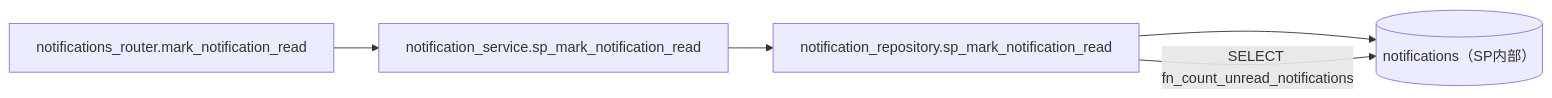
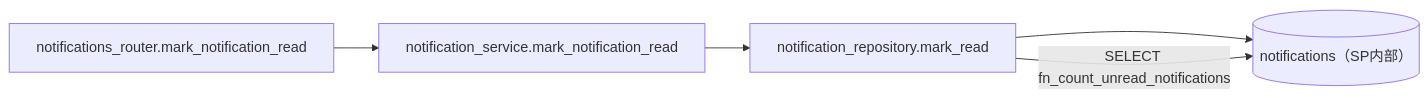
One commit to oikawa-d/task_management changed the third of 4 diagrams in docs/detailed_design/api/notifications/03_patch_notification_read.md. Above: the diagram before and after it, drawn with Mermaid. The commit also changed other lines of this file and 73 other files, not shown here.

````diff
--- a/docs/detailed_design/api/notifications/03_patch_notification_read.md
+++ b/docs/detailed_design/api/notifications/03_patch_notification_read.md
@@ -142,7 +142,7 @@
 ```mermaid
 flowchart LR
-    R["notifications_router.mark_notification_read"] --> S["notification_service.sp_mark_notification_read"]
-    S --> NR["notification_repository.sp_mark_notification_read"]
+    R["notifications_router.mark_notification_read"] --> S["notification_service.mark_notification_read"]
+    S --> NR["notification_repository.mark_read"]
     NR --> N[("notifications（SP内部）")]
     NR -->|"SELECT fn_count_unread_notifications"| N
 ```
````
